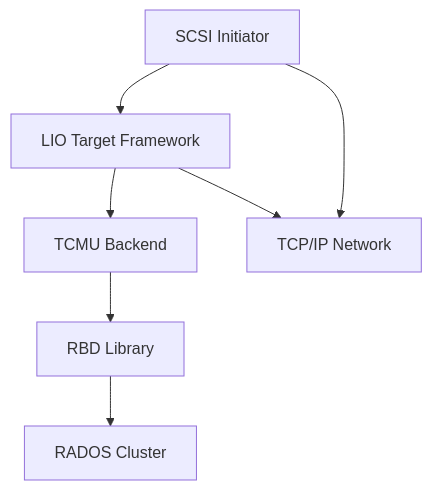
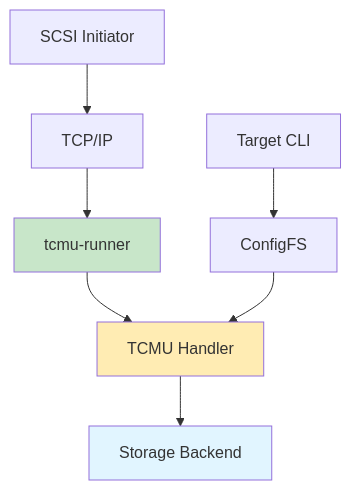
One commit to CrakA2/Linux_HA changed the second of 3 diagrams in docs/storage/iscsi.md. Above: the diagram before and after it, drawn with Mermaid. The commit also changed other lines of this file and 11 other files, not shown here.

````diff
--- a/docs/storage/iscsi.md
+++ b/docs/storage/iscsi.md
@@ -7,9 +77,14 @@
 ```mermaid
 graph TB
-    A[SCSI Initiator] --> B[LIO Target Framework]
-    B --> C[TCMU Backend]
-    C --> D[RBD Library]
-    D --> E[RADOS Cluster]
-    A --> F[TCP/IP Network]
-    B --> F
+    A[SCSI Initiator] --> B[TCP/IP]
+    B --> C[tcmu-runner]
+    C --> D[TCMU Handler]
+    D --> E[Storage Backend]
+    
+    F[ConfigFS] --> D
+    G[Target CLI] --> F
+    
+    style C fill:#c8e6c9
+    style D fill:#ffecb3
+    style E fill:#e1f5ff
 ```
````
